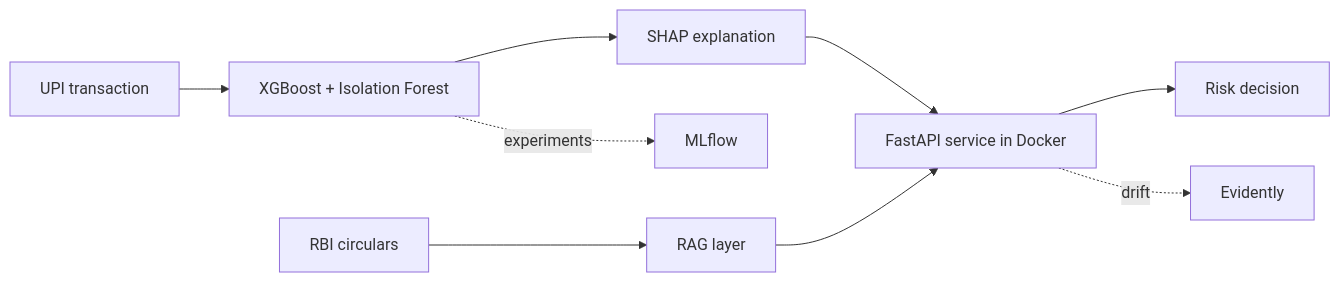
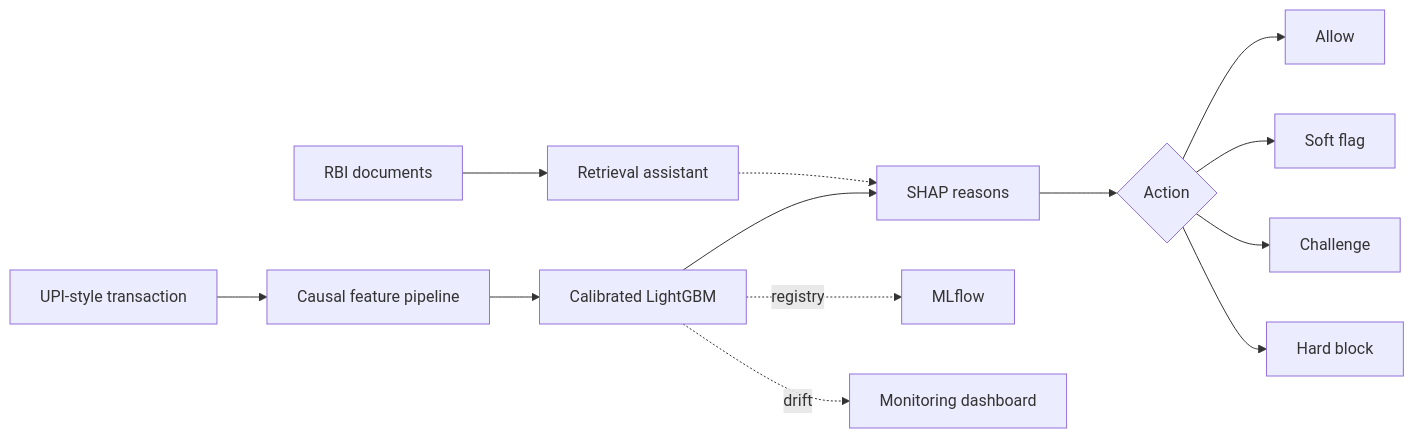
One commit to Sri-Gowtham/Sri-Gowtham changed the diagram in README.md. Above: the diagram before and after it, drawn with Mermaid. The commit also changed other lines of this file, not shown here.

````diff
--- a/README.md
+++ b/README.md
@@ -127,11 +65,15 @@
 ```mermaid
 flowchart LR
-    A[UPI transaction] --> B[XGBoost + Isolation Forest]
-    B --> C[SHAP explanation]
-    C --> D[FastAPI service in Docker]
-    D --> E[Risk decision]
-    F[RBI circulars] --> G[RAG layer]
-    G --> D
-    B -. experiments .-> H[MLflow]
-    D -. drift .-> I[Evidently]
+    A[UPI-style transaction] --> B[Causal feature pipeline]
+    B --> C[Calibrated LightGBM]
+    C --> D[SHAP reasons]
+    D --> E{Action}
+    E --> F[Allow]
+    E --> G[Soft flag]
+    E --> H[Challenge]
+    E --> I[Hard block]
+    J[RBI documents] --> K[Retrieval assistant]
+    K -.-> D
+    C -. registry .-> L[MLflow]
+    C -. drift .-> M[Monitoring dashboard]
 ```
````
